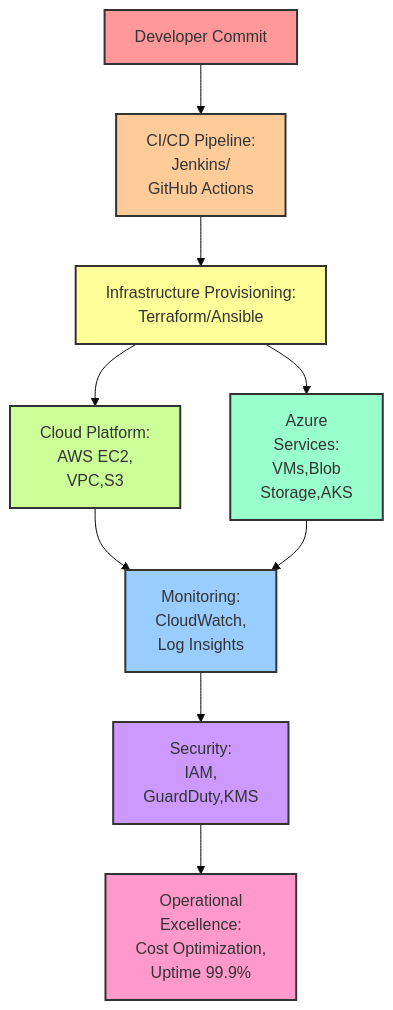
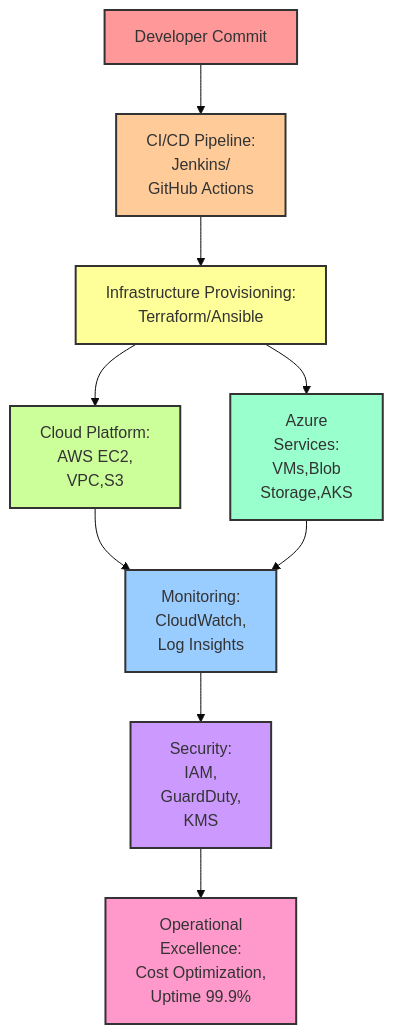
Before and after one commit to aliceekane/aliceekane-portfolio: the diagram in README.md, drawn with Mermaid (base theme).

````diff
--- a/README.md
+++ b/README.md
@@ -71,41 +71,42 @@
 ```mermaid
 flowchart TD
     A[Developer Commit] -->
 B[CI/CD Pipeline:
 Jenkins/
 GitHub Actions]
     B --> C[Infrastructure Provisioning:
 Terraform/Ansible]
     C --> D[Cloud Platform:
 AWS EC2,
 VPC,S3]
     C --> E[Azure 
     Services: 
 VMs,Blob 
 Storage,AKS]
     D --> F[Monitoring: 
 CloudWatch,
 Log Insights]
     E --> F
     F --> G[Security: 
 IAM,
-GuardDuty,KMS]
+GuardDuty,
+KMS]
     G --> H[Operational 
     Excellence:
 Cost Optimization,
 Uptime 99.9%]
 
 
 
     %% Assigning different colors to each box
     style A fill:#FF9999,stroke:#333,stroke-width:2px
     style B fill:#FFCC99,stroke:#333,stroke-width:2px
     style C fill:#FFFF99,stroke:#333,stroke-width:2px
     style D fill:#CCFF99,stroke:#333,stroke-width:2px
     style E fill:#99FFCC,stroke:#333,stroke-width:2px
     style F fill:#99CCFF,stroke:#333,stroke-width:2px
     style G fill:#CC99FF,stroke:#333,stroke-width:2px
     style H fill:#FF99CC,stroke:#333,stroke-width:2px
 
 
 ```
````
